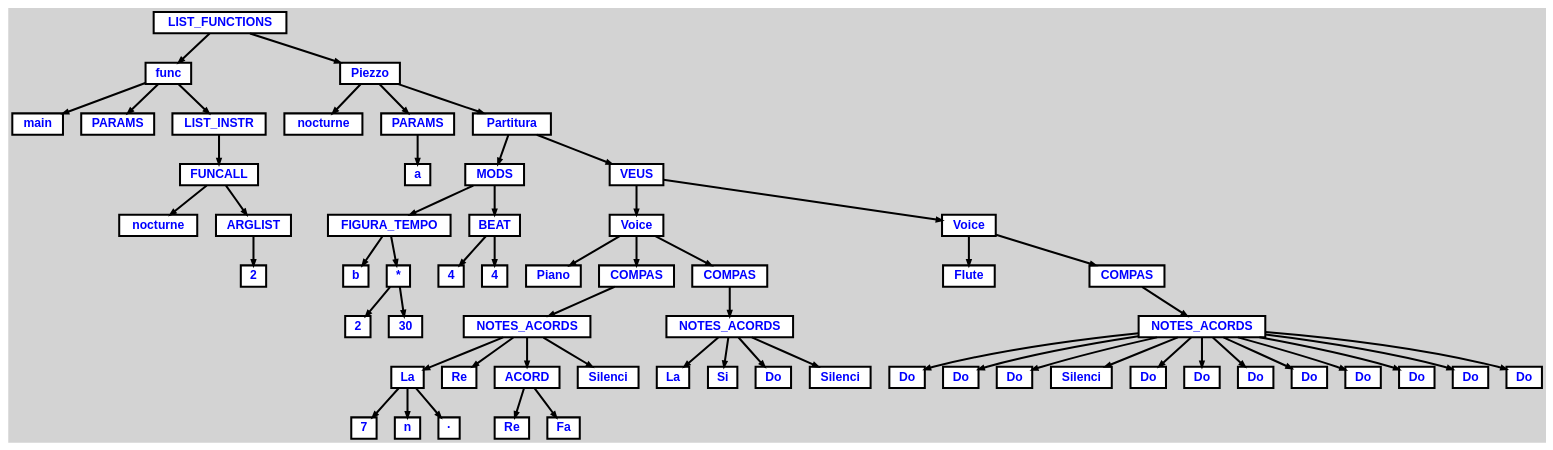
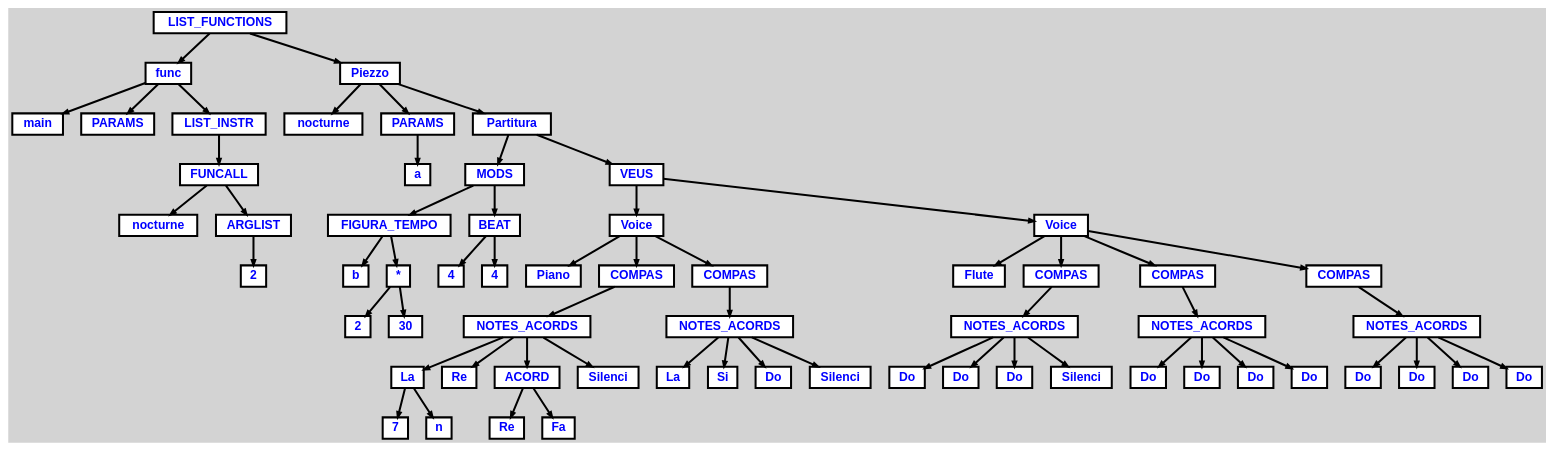
Before and after one commit to marcbenedi/MusicLanguage: the diagram in inputs/input3.dot, drawn with Graphviz. The commit also changed 14 other files, not shown here.

```diff
--- a/inputs/input3.dot
+++ b/inputs/input3.dot
@@ -1,150 +1,160 @@
 digraph {
 
 	ordering=out;
 	ranksep=.4;
 	bgcolor="lightgrey"; node [shape=box, fixedsize=false, fontsize=12, fontname="Helvetica-bold", fontcolor="blue"
 		width=.25, height=.25, color="black", fillcolor="white", style="filled, solid, bold"];
 	edge [arrowsize=.5, color="black", style="bold"]
 
   n0 [label="LIST_FUNCTIONS"];
   n1 [label="func"];
   n1 [label="func"];
   n2 [label="main"];
   n3 [label="PARAMS"];
   n4 [label="LIST_INSTR"];
   n4 [label="LIST_INSTR"];
   n5 [label="FUNCALL"];
   n5 [label="FUNCALL"];
   n6 [label="nocturne"];
   n7 [label="ARGLIST"];
   n7 [label="ARGLIST"];
   n8 [label="2"];
   n9 [label="Piezzo"];
   n9 [label="Piezzo"];
   n10 [label="nocturne"];
   n11 [label="PARAMS"];
   n11 [label="PARAMS"];
   n12 [label="a"];
   n13 [label="Partitura"];
   n13 [label="Partitura"];
   n14 [label="MODS"];
   n14 [label="MODS"];
   n15 [label="FIGURA_TEMPO"];
   n15 [label="FIGURA_TEMPO"];
   n16 [label="b"];
   n17 [label="*"];
   n17 [label="*"];
   n18 [label="2"];
   n19 [label="30"];
   n20 [label="BEAT"];
   n20 [label="BEAT"];
   n21 [label="4"];
   n22 [label="4"];
   n23 [label="VEUS"];
   n23 [label="VEUS"];
   n24 [label="Voice"];
   n24 [label="Voice"];
   n25 [label="Piano"];
   n26 [label="COMPAS"];
   n26 [label="COMPAS"];
   n27 [label="NOTES_ACORDS"];
   n27 [label="NOTES_ACORDS"];
   n28 [label="La"];
   n28 [label="La"];
   n29 [label="7"];
   n30 [label="n"];
-  n31 [label="·"];
-  n32 [label="Re"];
-  n33 [label="ACORD"];
-  n33 [label="ACORD"];
-  n34 [label="Re"];
-  n35 [label="Fa"];
-  n36 [label="Silenci"];
-  n37 [label="COMPAS"];
-  n37 [label="COMPAS"];
-  n38 [label="NOTES_ACORDS"];
-  n38 [label="NOTES_ACORDS"];
-  n39 [label="La"];
-  n40 [label="Si"];
-  n41 [label="Do"];
-  n42 [label="Silenci"];
-  n43 [label="Voice"];
-  n43 [label="Voice"];
-  n44 [label="Flute"];
-  n45 [label="COMPAS"];
-  n45 [label="COMPAS"];
-  n46 [label="NOTES_ACORDS"];
-  n46 [label="NOTES_ACORDS"];
+  n31 [label="Re"];
+  n32 [label="ACORD"];
+  n32 [label="ACORD"];
+  n33 [label="Re"];
+  n34 [label="Fa"];
+  n35 [label="Silenci"];
+  n36 [label="COMPAS"];
+  n36 [label="COMPAS"];
+  n37 [label="NOTES_ACORDS"];
+  n37 [label="NOTES_ACORDS"];
+  n38 [label="La"];
+  n39 [label="Si"];
+  n40 [label="Do"];
+  n41 [label="Silenci"];
+  n42 [label="Voice"];
+  n42 [label="Voice"];
+  n43 [label="Flute"];
+  n44 [label="COMPAS"];
+  n44 [label="COMPAS"];
+  n45 [label="NOTES_ACORDS"];
+  n45 [label="NOTES_ACORDS"];
+  n46 [label="Do"];
   n47 [label="Do"];
   n48 [label="Do"];
-  n49 [label="Do"];
-  n50 [label="Silenci"];
-  n51 [label="Do"];
+  n49 [label="Silenci"];
+  n50 [label="COMPAS"];
+  n50 [label="COMPAS"];
+  n51 [label="NOTES_ACORDS"];
+  n51 [label="NOTES_ACORDS"];
   n52 [label="Do"];
   n53 [label="Do"];
   n54 [label="Do"];
   n55 [label="Do"];
-  n56 [label="Do"];
-  n57 [label="Do"];
+  n56 [label="COMPAS"];
+  n56 [label="COMPAS"];
+  n57 [label="NOTES_ACORDS"];
+  n57 [label="NOTES_ACORDS"];
   n58 [label="Do"];
+  n59 [label="Do"];
+  n60 [label="Do"];
+  n61 [label="Do"];
 
   n0 -> n1 // "LIST_FUNCTIONS" -> "func"
   n1 -> n2 // "func" -> "main"
   n1 -> n3 // "func" -> "PARAMS"
   n1 -> n4 // "func" -> "LIST_INSTR"
   n4 -> n5 // "LIST_INSTR" -> "FUNCALL"
   n5 -> n6 // "FUNCALL" -> "nocturne"
   n5 -> n7 // "FUNCALL" -> "ARGLIST"
   n7 -> n8 // "ARGLIST" -> "2"
   n0 -> n9 // "LIST_FUNCTIONS" -> "Piezzo"
   n9 -> n10 // "Piezzo" -> "nocturne"
   n9 -> n11 // "Piezzo" -> "PARAMS"
   n11 -> n12 // "PARAMS" -> "a"
   n9 -> n13 // "Piezzo" -> "Partitura"
   n13 -> n14 // "Partitura" -> "MODS"
   n14 -> n15 // "MODS" -> "FIGURA_TEMPO"
   n15 -> n16 // "FIGURA_TEMPO" -> "b"
   n15 -> n17 // "FIGURA_TEMPO" -> "*"
   n17 -> n18 // "*" -> "2"
   n17 -> n19 // "*" -> "30"
   n14 -> n20 // "MODS" -> "BEAT"
   n20 -> n21 // "BEAT" -> "4"
   n20 -> n22 // "BEAT" -> "4"
   n13 -> n23 // "Partitura" -> "VEUS"
   n23 -> n24 // "VEUS" -> "Voice"
   n24 -> n25 // "Voice" -> "Piano"
   n24 -> n26 // "Voice" -> "COMPAS"
   n26 -> n27 // "COMPAS" -> "NOTES_ACORDS"
   n27 -> n28 // "NOTES_ACORDS" -> "La"
   n28 -> n29 // "La" -> "7"
   n28 -> n30 // "La" -> "n"
-  n28 -> n31 // "La" -> "·"
-  n27 -> n32 // "NOTES_ACORDS" -> "Re"
-  n27 -> n33 // "NOTES_ACORDS" -> "ACORD"
-  n33 -> n34 // "ACORD" -> "Re"
-  n33 -> n35 // "ACORD" -> "Fa"
-  n27 -> n36 // "NOTES_ACORDS" -> "Silenci"
-  n24 -> n37 // "Voice" -> "COMPAS"
-  n37 -> n38 // "COMPAS" -> "NOTES_ACORDS"
-  n38 -> n39 // "NOTES_ACORDS" -> "La"
-  n38 -> n40 // "NOTES_ACORDS" -> "Si"
-  n38 -> n41 // "NOTES_ACORDS" -> "Do"
-  n38 -> n42 // "NOTES_ACORDS" -> "Silenci"
-  n23 -> n43 // "VEUS" -> "Voice"
-  n43 -> n44 // "Voice" -> "Flute"
-  n43 -> n45 // "Voice" -> "COMPAS"
-  n45 -> n46 // "COMPAS" -> "NOTES_ACORDS"
-  n46 -> n47 // "NOTES_ACORDS" -> "Do"
-  n46 -> n48 // "NOTES_ACORDS" -> "Do"
-  n46 -> n49 // "NOTES_ACORDS" -> "Do"
-  n46 -> n50 // "NOTES_ACORDS" -> "Silenci"
-  n46 -> n51 // "NOTES_ACORDS" -> "Do"
-  n46 -> n52 // "NOTES_ACORDS" -> "Do"
-  n46 -> n53 // "NOTES_ACORDS" -> "Do"
-  n46 -> n54 // "NOTES_ACORDS" -> "Do"
-  n46 -> n55 // "NOTES_ACORDS" -> "Do"
-  n46 -> n56 // "NOTES_ACORDS" -> "Do"
-  n46 -> n57 // "NOTES_ACORDS" -> "Do"
-  n46 -> n58 // "NOTES_ACORDS" -> "Do"
+  n27 -> n31 // "NOTES_ACORDS" -> "Re"
+  n27 -> n32 // "NOTES_ACORDS" -> "ACORD"
+  n32 -> n33 // "ACORD" -> "Re"
+  n32 -> n34 // "ACORD" -> "Fa"
+  n27 -> n35 // "NOTES_ACORDS" -> "Silenci"
+  n24 -> n36 // "Voice" -> "COMPAS"
+  n36 -> n37 // "COMPAS" -> "NOTES_ACORDS"
+  n37 -> n38 // "NOTES_ACORDS" -> "La"
+  n37 -> n39 // "NOTES_ACORDS" -> "Si"
+  n37 -> n40 // "NOTES_ACORDS" -> "Do"
+  n37 -> n41 // "NOTES_ACORDS" -> "Silenci"
+  n23 -> n42 // "VEUS" -> "Voice"
+  n42 -> n43 // "Voice" -> "Flute"
+  n42 -> n44 // "Voice" -> "COMPAS"
+  n44 -> n45 // "COMPAS" -> "NOTES_ACORDS"
+  n45 -> n46 // "NOTES_ACORDS" -> "Do"
+  n45 -> n47 // "NOTES_ACORDS" -> "Do"
+  n45 -> n48 // "NOTES_ACORDS" -> "Do"
+  n45 -> n49 // "NOTES_ACORDS" -> "Silenci"
+  n42 -> n50 // "Voice" -> "COMPAS"
+  n50 -> n51 // "COMPAS" -> "NOTES_ACORDS"
+  n51 -> n52 // "NOTES_ACORDS" -> "Do"
+  n51 -> n53 // "NOTES_ACORDS" -> "Do"
+  n51 -> n54 // "NOTES_ACORDS" -> "Do"
+  n51 -> n55 // "NOTES_ACORDS" -> "Do"
+  n42 -> n56 // "Voice" -> "COMPAS"
+  n56 -> n57 // "COMPAS" -> "NOTES_ACORDS"
+  n57 -> n58 // "NOTES_ACORDS" -> "Do"
+  n57 -> n59 // "NOTES_ACORDS" -> "Do"
+  n57 -> n60 // "NOTES_ACORDS" -> "Do"
+  n57 -> n61 // "NOTES_ACORDS" -> "Do"
 
 }
```
